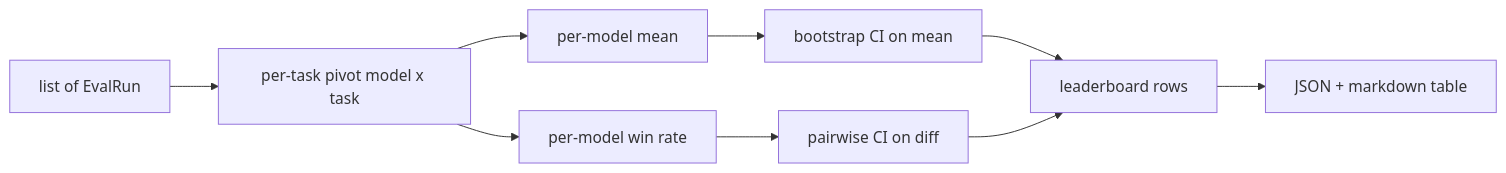
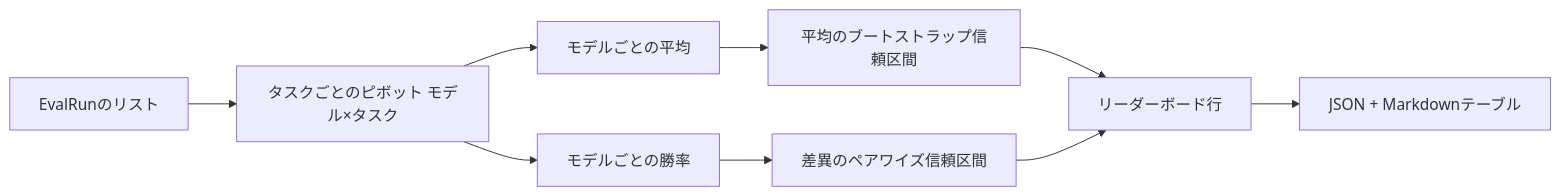
The first of 2 diagrams in content/phases/19-capstone-projects/74-leaderboard-aggregation/lesson.ja.md (shoshoshomen/synapse-academy), drawn with Mermaid before and after one commit. The commit also changed other lines of this file and 124 other files, not shown here.

First line of the commit message:
feat(i18n): mermaid図のラベルを日本語化(194レッスン/374図)

````diff
--- a/content/phases/19-capstone-projects/74-leaderboard-aggregation/lesson.ja.md
+++ b/content/phases/19-capstone-projects/74-leaderboard-aggregation/lesson.ja.md
@@ -34,11 +34,11 @@
 ```mermaid
 flowchart LR
-    A[list of EvalRun] --> B[per-task pivot model x task]
-    B --> C[per-model mean]
-    B --> D[per-model win rate]
-    C --> E[bootstrap CI on mean]
-    D --> F[pairwise CI on diff]
-    E --> G[leaderboard rows]
+    A["EvalRunのリスト"] --> B["タスクごとのピボット モデル×タスク"]
+    B --> C["モデルごとの平均"]
+    B --> D["モデルごとの勝率"]
+    C --> E["平均のブートストラップ信頼区間"]
+    D --> F["差異のペアワイズ信頼区間"]
+    E --> G["リーダーボード行"]
     F --> G
-    G --> H[JSON + markdown table]
+    G --> H["JSON + Markdownテーブル"]
 ```
````
